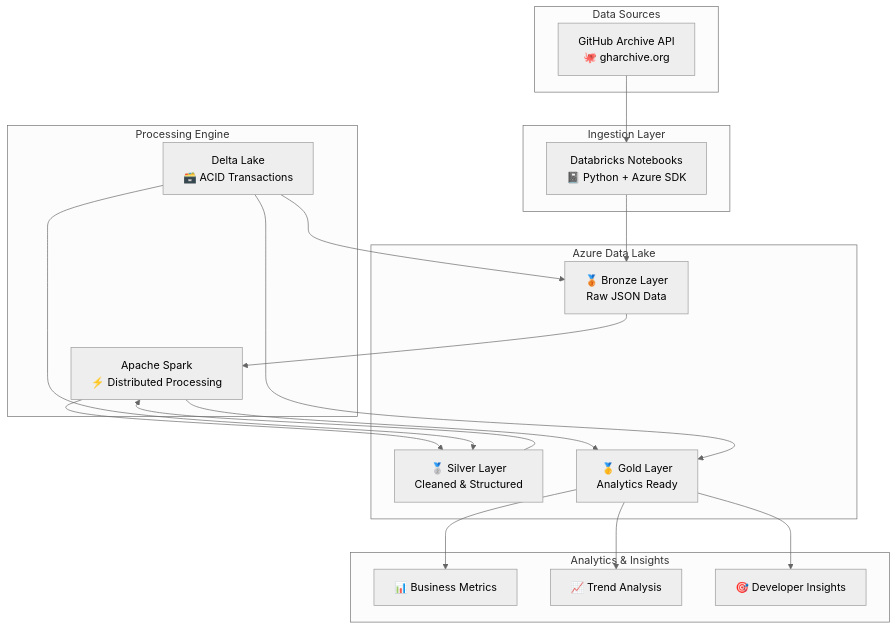
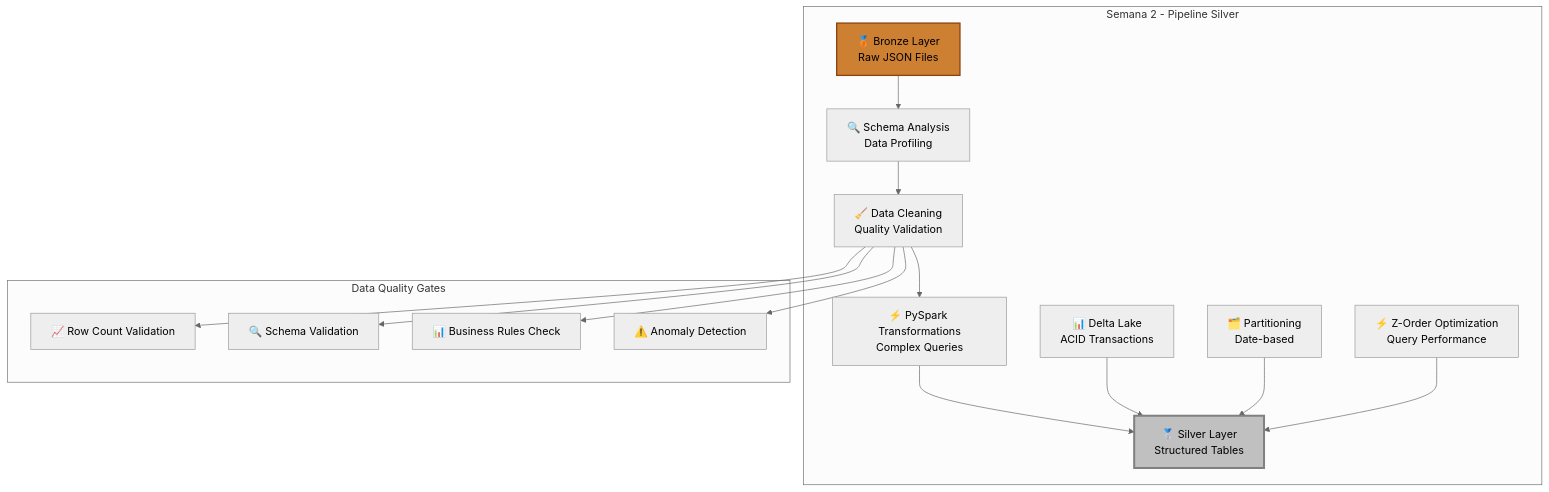
The diagram in README.md (dbcrewlatamtemp/databricks-github-analytics-pipeline), drawn with Mermaid (neutral theme) before and after one commit. The commit also changed other lines of this file and 1 other file, not shown here.

````diff
--- a/README.md
+++ b/README.md
@@ -26,41 +76,28 @@
 ```mermaid
 graph TB
-    subgraph "Data Sources"
-        A[GitHub Archive API<br/>🐙 gharchive.org]
+    subgraph "Semana 2 - Pipeline Silver"
+        A[🥉 Bronze Layer<br/>Raw JSON Files] --> B[🔍 Schema Analysis<br/>Data Profiling]
+        B --> C[🧹 Data Cleaning<br/>Quality Validation]
+        C --> D[⚡ PySpark Transformations<br/>Complex Queries]
+        D --> E[🥈 Silver Layer<br/>Structured Tables]
+        
+        F[📊 Delta Lake<br/>ACID Transactions] --> E
+        G[🗂️ Partitioning<br/>Date-based] --> E
+        H[⚡ Z-Order Optimization<br/>Query Performance] --> E
     end
     
-    subgraph "Ingestion Layer"
-        B[Databricks Notebooks<br/>📓 Python + Azure SDK]
+    subgraph "Data Quality Gates"
+        I[📈 Row Count Validation]
+        J[🔍 Schema Validation]
+        K[📊 Business Rules Check]
+        L[⚠️ Anomaly Detection]
     end
     
-    subgraph "Azure Data Lake"
-        C[🥉 Bronze Layer<br/>Raw JSON Data]
-        D[🥈 Silver Layer<br/>Cleaned & Structured]
-        E[🥇 Gold Layer<br/>Analytics Ready]
-    end
+    C --> I
+    C --> J
+    C --> K
+    C --> L
     
-    subgraph "Processing Engine"
-        F[Apache Spark<br/>⚡ Distributed Processing]
-        G[Delta Lake<br/>🗃️ ACID Transactions]
-    end
-    
-    subgraph "Analytics & Insights"
-        H[📊 Business Metrics]
-        I[📈 Trend Analysis]
-        J[🎯 Developer Insights]
-    end
-    
-    A --> B
-    B --> C
-    C --> F
-    F --> D
-    D --> F
-    F --> E
-    E --> H
-    E --> I
-    E --> J
-    
-    G --> C
-    G --> D
-    G --> E
+    style E fill:#C0C0C0,stroke:#808080,stroke-width:3px
+    style A fill:#CD7F32,stroke:#8B4513,stroke-width:2px
 ```
````
